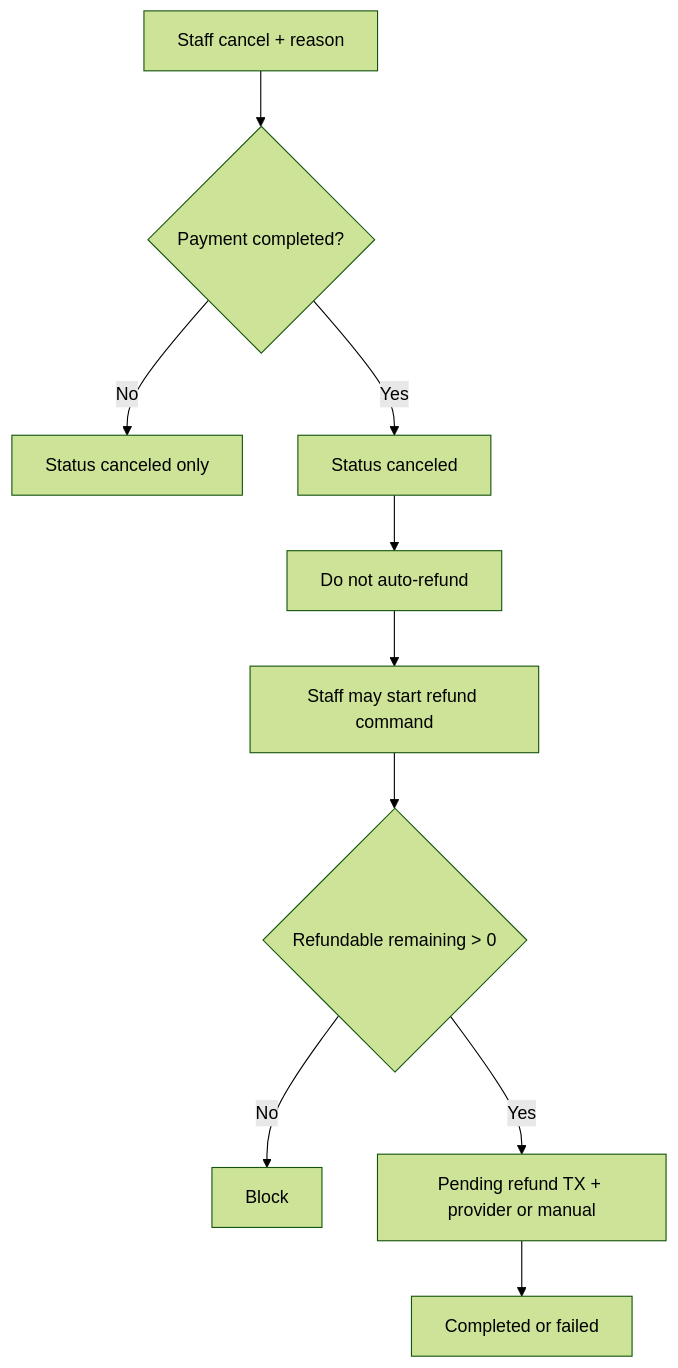
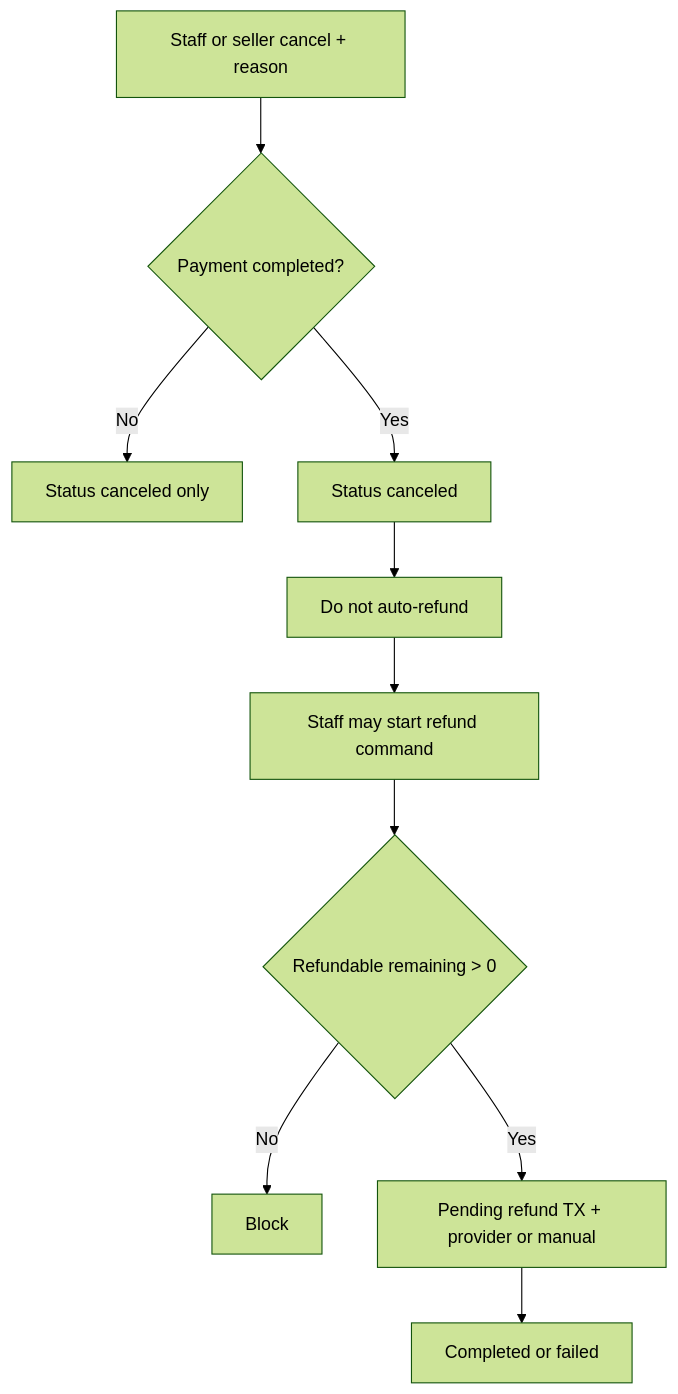
Before and after one commit to nafasebra/order-manager-docs: the sixth of 17 diagrams in data-flow.md, drawn with Mermaid (forest theme). The commit also changed other lines of this file and 8 other files, not shown here.

````diff
--- a/data-flow.md
+++ b/data-flow.md
@@ -130,12 +155,12 @@
 ```mermaid
 flowchart TD
-  A[Staff cancel + reason] --> B{Payment completed?}
+  A[Staff or seller cancel + reason] --> B{Payment completed?}
   B -->|No| C[Status canceled only]
   B -->|Yes| D[Status canceled]
   D --> E[Do not auto-refund]
   E --> F[Staff may start refund command]
   F --> G{Refundable remaining > 0}
   G -->|No| H[Block]
   G -->|Yes| I[Pending refund TX + provider or manual]
   I --> J[Completed or failed]
 ```
````
